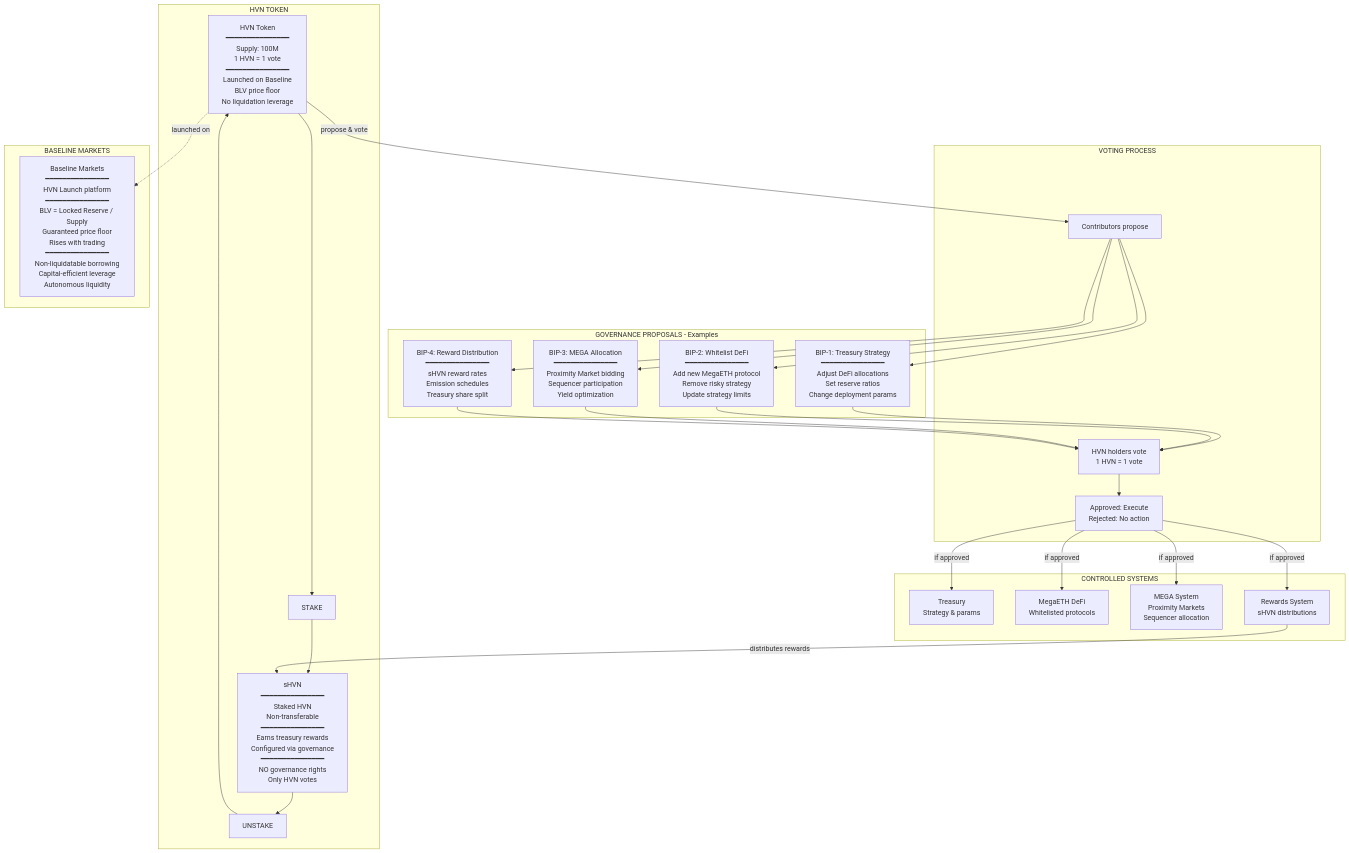
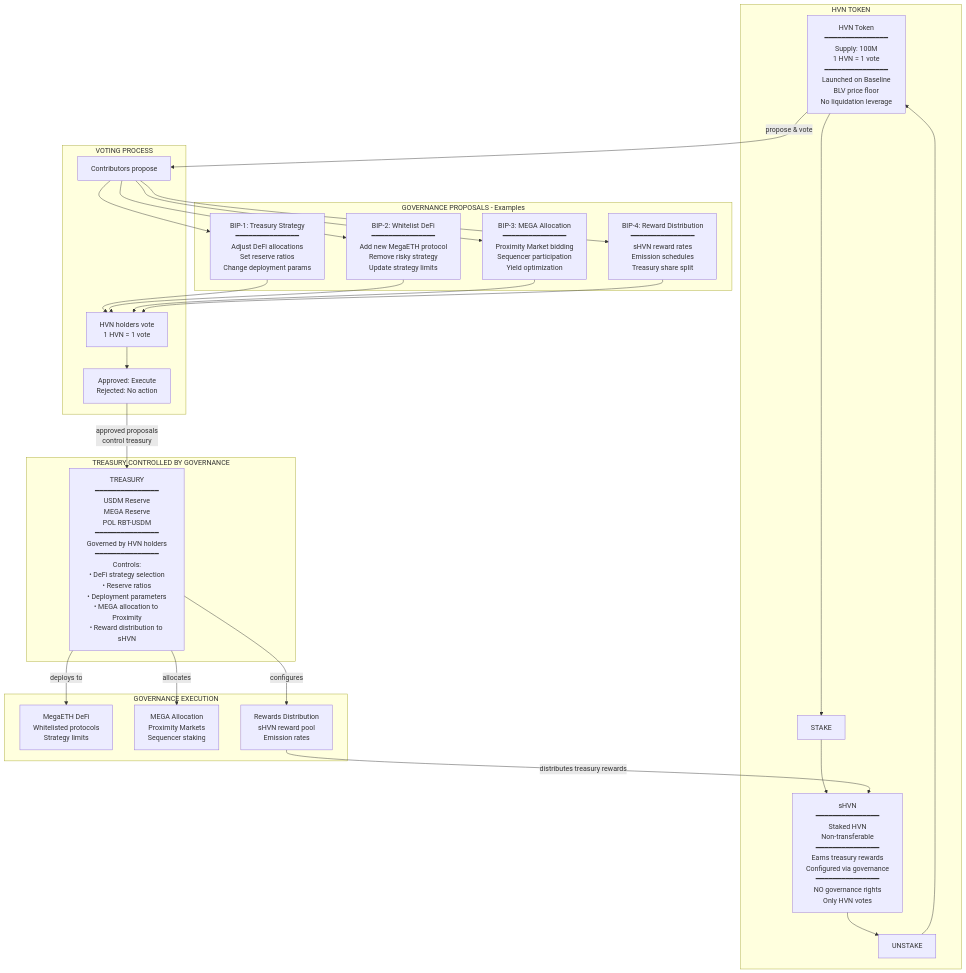
Before and after one commit to 0xJaehaerys/ohmega: the fourth of 4 diagrams in blackhaven-complete-system.md, drawn with Mermaid.

Commit message:
Replace Baseline Markets with Treasury governance control flow showing how HVN votes control treasury operations

````diff
--- a/blackhaven-complete-system.md
+++ b/blackhaven-complete-system.md
@@ -213,65 +213,63 @@
 ```mermaid
 graph TB
     subgraph "HVN TOKEN"
         HVN[HVN Token<br/>━━━━━━━━━━━━━━━<br/>Supply: 100M<br/>1 HVN = 1 vote<br/>━━━━━━━━━━━━━━━<br/>Launched on Baseline<br/>BLV price floor<br/>No liquidation leverage]
         
         STAKE_HVN[STAKE]
         UNSTAKE_HVN[UNSTAKE]
         
         SHVN[sHVN<br/>━━━━━━━━━━━━━━━<br/>Staked HVN<br/>Non-transferable<br/>━━━━━━━━━━━━━━━<br/>Earns treasury rewards<br/>Configured via governance<br/>━━━━━━━━━━━━━━━<br/>NO governance rights<br/>Only HVN votes]
         
         HVN --> STAKE_HVN
         STAKE_HVN --> SHVN
         SHVN --> UNSTAKE_HVN
         UNSTAKE_HVN --> HVN
     end
     
     subgraph "GOVERNANCE PROPOSALS - Examples"
         BIP1[BIP-1: Treasury Strategy<br/>━━━━━━━━━━━━━━━<br/>Adjust DeFi allocations<br/>Set reserve ratios<br/>Change deployment params]
         
         BIP2[BIP-2: Whitelist DeFi<br/>━━━━━━━━━━━━━━━<br/>Add new MegaETH protocol<br/>Remove risky strategy<br/>Update strategy limits]
         
         BIP3[BIP-3: MEGA Allocation<br/>━━━━━━━━━━━━━━━<br/>Proximity Market bidding<br/>Sequencer participation<br/>Yield optimization]
         
         BIP4[BIP-4: Reward Distribution<br/>━━━━━━━━━━━━━━━<br/>sHVN reward rates<br/>Emission schedules<br/>Treasury share split]
     end
     
     subgraph "VOTING PROCESS"
         PROPOSE[Contributors propose]
         VOTE[HVN holders vote<br/>1 HVN = 1 vote]
         EXECUTE[Approved: Execute<br/>Rejected: No action]
     end
     
-    subgraph "CONTROLLED SYSTEMS"
-        TREASURY_CTRL[Treasury<br/>Strategy & params]
-        DEFI_CTRL[MegaETH DeFi<br/>Whitelisted protocols]
-        MEGA_CTRL[MEGA System<br/>Proximity Markets<br/>Sequencer allocation]
-        REWARDS_CTRL[Rewards System<br/>sHVN distributions]
+    subgraph "TREASURY CONTROLLED BY GOVERNANCE"
+        TREASURY_GOV[TREASURY<br/>━━━━━━━━━━━━━━━<br/>USDM Reserve<br/>MEGA Reserve<br/>POL RBT-USDM<br/>━━━━━━━━━━━━━━━<br/>Governed by HVN holders<br/>━━━━━━━━━━━━━━━<br/>Controls:<br/>• DeFi strategy selection<br/>• Reserve ratios<br/>• Deployment parameters<br/>• MEGA allocation to Proximity<br/>• Reward distribution to sHVN]
     end
     
-    subgraph "BASELINE MARKETS"
-        BASELINE[Baseline Markets<br/>━━━━━━━━━━━━━━━<br/>HVN Launch platform<br/>━━━━━━━━━━━━━━━<br/>BLV = Locked Reserve / Supply<br/>Guaranteed price floor<br/>Rises with trading<br/>━━━━━━━━━━━━━━━<br/>Non-liquidatable borrowing<br/>Capital-efficient leverage<br/>Autonomous liquidity]
+    subgraph "GOVERNANCE EXECUTION"
+        DEFI_EXEC[MegaETH DeFi<br/>Whitelisted protocols<br/>Strategy limits]
+        MEGA_EXEC[MEGA Allocation<br/>Proximity Markets<br/>Sequencer staking]
+        REWARDS_EXEC[Rewards Distribution<br/>sHVN reward pool<br/>Emission rates]
     end
     
     HVN -->|propose & vote| PROPOSE
     PROPOSE --> BIP1
     PROPOSE --> BIP2
     PROPOSE --> BIP3
     PROPOSE --> BIP4
     
     BIP1 --> VOTE
     BIP2 --> VOTE
     BIP3 --> VOTE
     BIP4 --> VOTE
     
     VOTE --> EXECUTE
     
-    EXECUTE -->|if approved| TREASURY_CTRL
-    EXECUTE -->|if approved| DEFI_CTRL
-    EXECUTE -->|if approved| MEGA_CTRL
-    EXECUTE -->|if approved| REWARDS_CTRL
+    EXECUTE -->|approved proposals<br/>control treasury| TREASURY_GOV
     
-    REWARDS_CTRL -->|distributes rewards| SHVN
+    TREASURY_GOV -->|deploys to| DEFI_EXEC
+    TREASURY_GOV -->|allocates| MEGA_EXEC
+    TREASURY_GOV -->|configures| REWARDS_EXEC
     
-    HVN -.->|launched on| BASELINE
+    REWARDS_EXEC -->|distributes treasury rewards| SHVN
 ```
````
